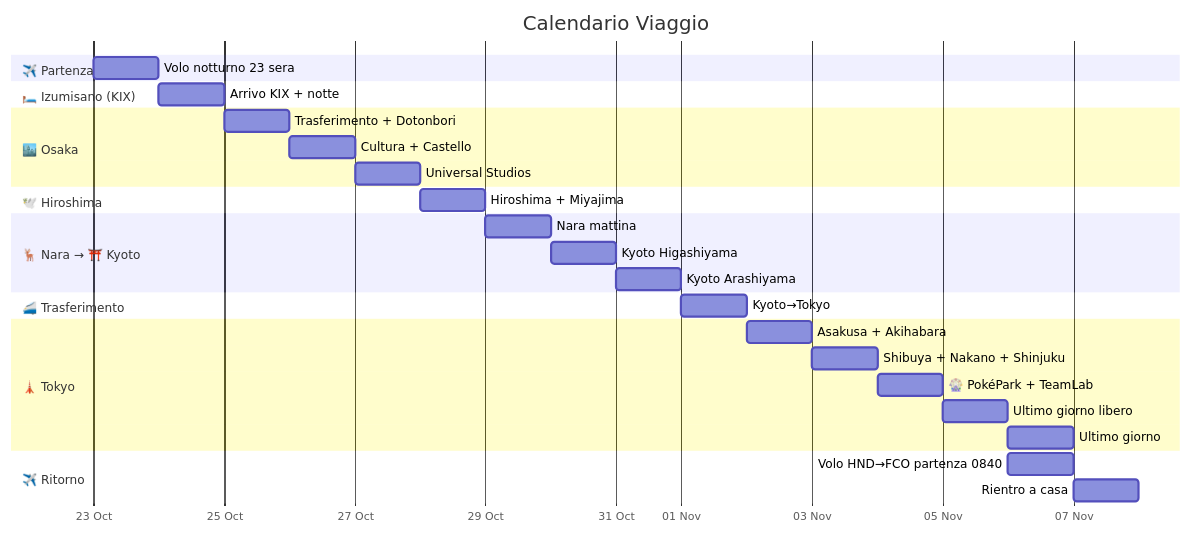
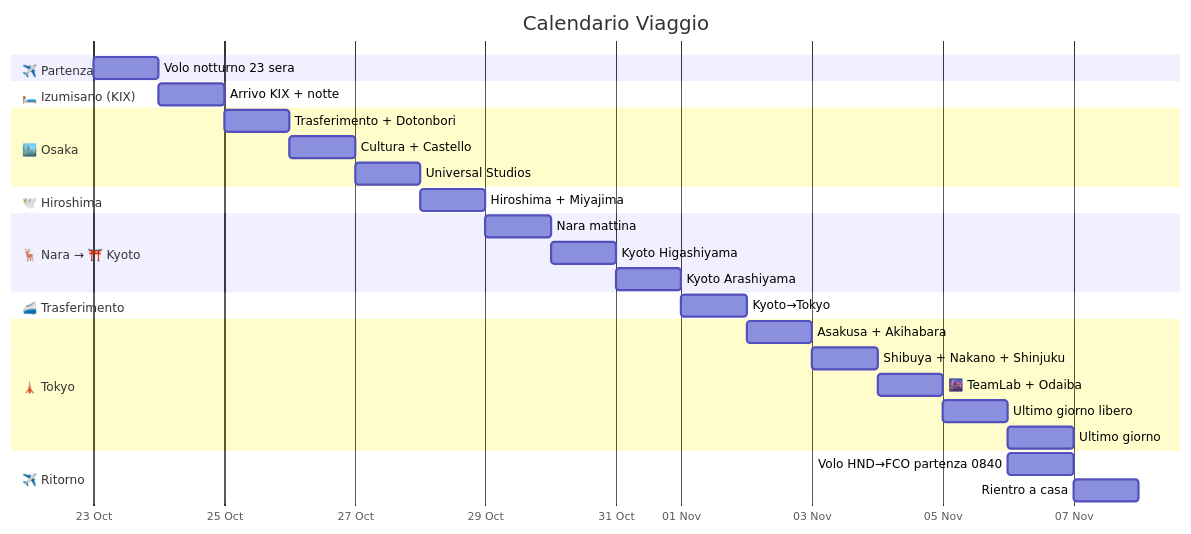
The second of 3 diagrams in Itinerari/Japan/2026/Itinerario-Giappone-23ott-6nov2026.md (LorenzoPolito/Travel-Vault), drawn with Mermaid before and after one commit. The commit also changed other lines of this file and 14 other files, not shown here.

````diff
--- a/Itinerari/Japan/2026/Itinerario-Giappone-23ott-6nov2026.md
+++ b/Itinerari/Japan/2026/Itinerario-Giappone-23ott-6nov2026.md
@@ -82,39 +82,39 @@
 ```mermaid
 gantt
     title Calendario Viaggio
     dateFormat  YYYY-MM-DD
     axisFormat  %d %b
 
     section ✈️ Partenza
     Volo notturno 23 sera   :g1, 2026-10-23, 1d
 
     section 🛏️ Izumisano (KIX)
     Arrivo KIX + notte      :g2, 2026-10-24, 1d
 
     section 🏙️ Osaka
     Trasferimento + Dotonbori :g3, 2026-10-25, 1d
     Cultura + Castello     :2026-10-26, 1d
     Universal Studios      :2026-10-27, 1d
 
     section 🕊️ Hiroshima
     Hiroshima + Miyajima   :2026-10-28, 1d
 
     section 🦌 Nara → ⛩️ Kyoto
     Nara mattina           :g7, 2026-10-29, 1d
     Kyoto Higashiyama      :2026-10-30, 1d
     Kyoto Arashiyama       :2026-10-31, 1d
 
     section 🚄 Trasferimento
     Kyoto→Tokyo            :2026-11-01, 1d
 
     section 🗼 Tokyo
     Asakusa + Akihabara    :2026-11-02, 1d
     Shibuya + Nakano + Shinjuku :2026-11-03, 1d
-    🎡 PokéPark + TeamLab  :2026-11-04, 1d
+    🌆 TeamLab + Odaiba    :2026-11-04, 1d
     Ultimo giorno libero  :2026-11-05, 1d
     Ultimo giorno          :2026-11-06, 1d
 
     section ✈️ Ritorno
     Volo HND→FCO partenza 0840 :2026-11-06, 1d
     Rientro a casa           :2026-11-07, 1d
 ```
````
